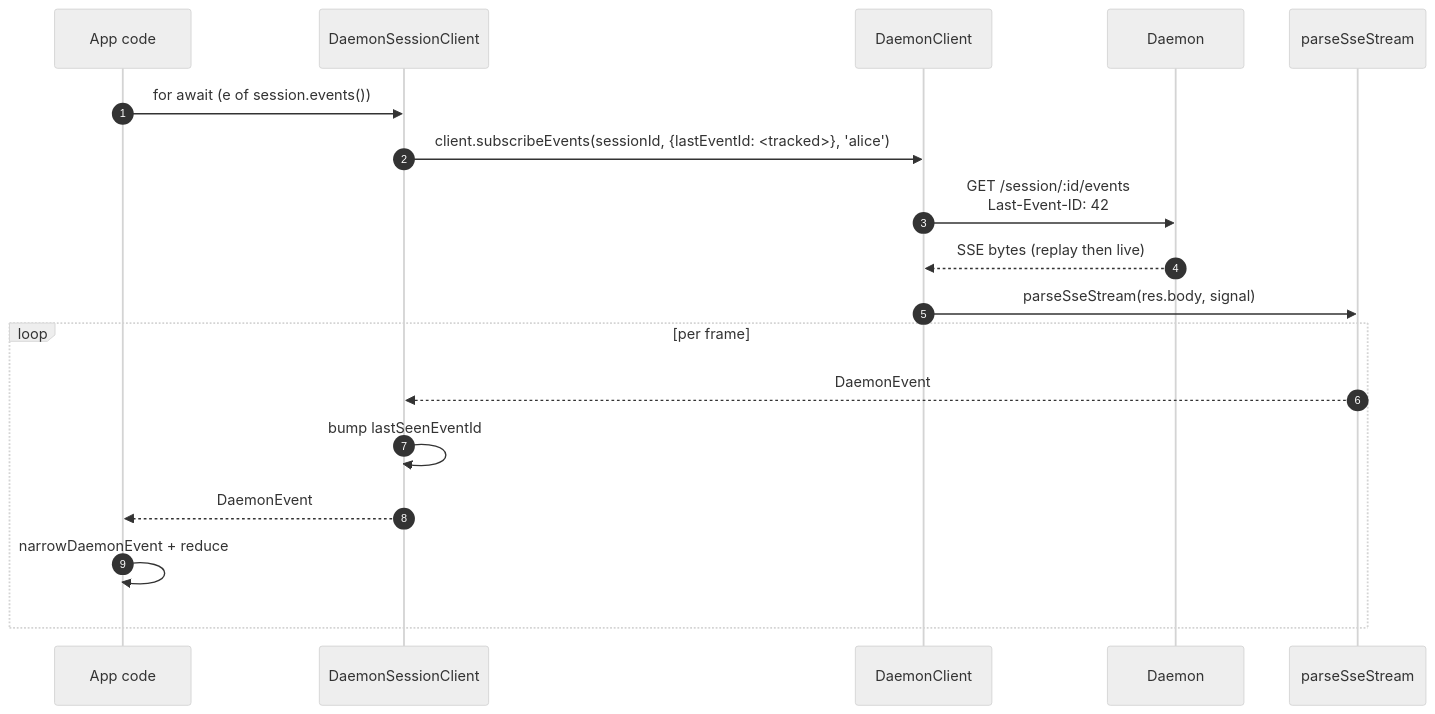
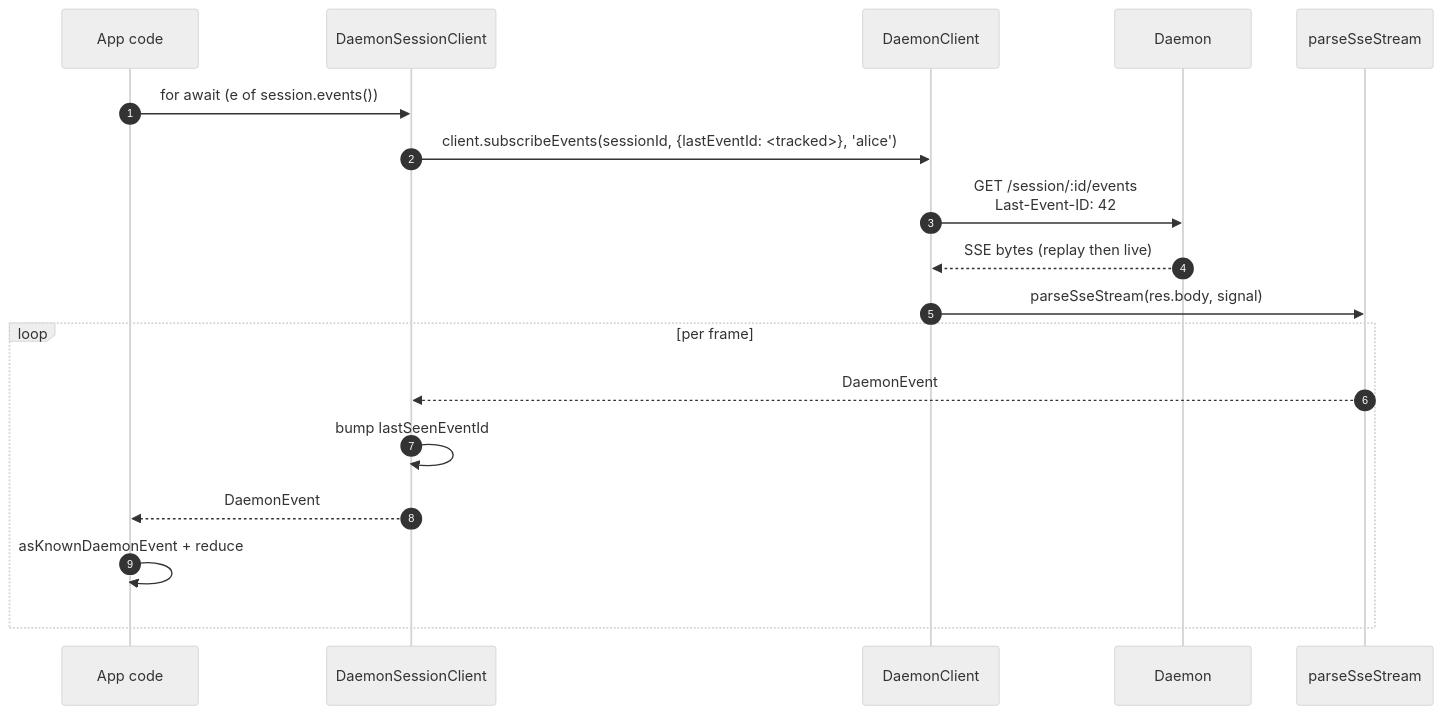
One commit to QwenLM/qwen-code changed the second of 3 diagrams in docs/developers/daemon/13-sdk-daemon-client.md. Above: the diagram before and after it, drawn with Mermaid (neutral theme). The commit also changed other lines of this file and 16 other files, not shown here.

````diff
--- a/docs/developers/daemon/13-sdk-daemon-client.md
+++ b/docs/developers/daemon/13-sdk-daemon-client.md
@@ -157,21 +157,21 @@
 ```mermaid
 sequenceDiagram
     autonumber
     participant App as App code
     participant SC as DaemonSessionClient
     participant DC as DaemonClient
     participant D as Daemon
     participant P as parseSseStream
 
     App->>SC: for await (e of session.events())
     SC->>DC: client.subscribeEvents(sessionId, {lastEventId: <tracked>}, 'alice')
     DC->>D: GET /session/:id/events<br/>Last-Event-ID: 42
     D-->>DC: SSE bytes (replay then live)
     DC->>P: parseSseStream(res.body, signal)
     loop per frame
         P-->>SC: DaemonEvent
         SC->>SC: bump lastSeenEventId
         SC-->>App: DaemonEvent
-        App->>App: narrowDaemonEvent + reduce
+        App->>App: asKnownDaemonEvent + reduce
     end
 ```
````
